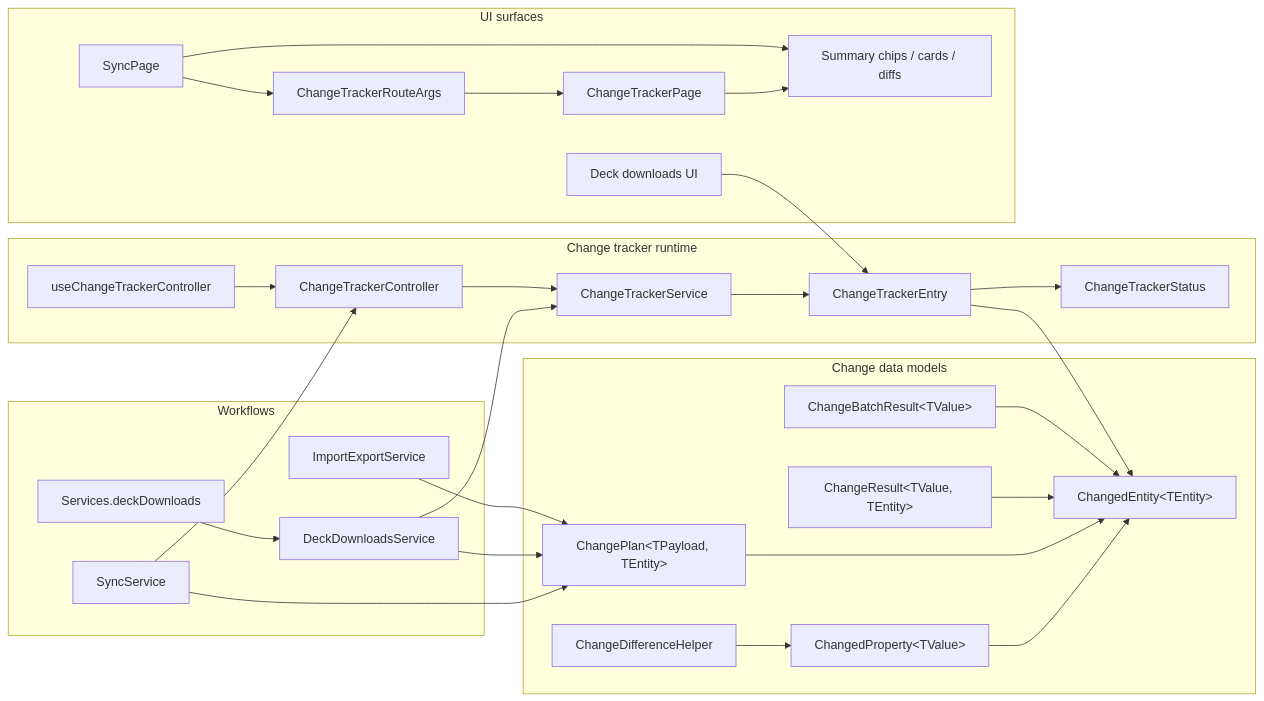
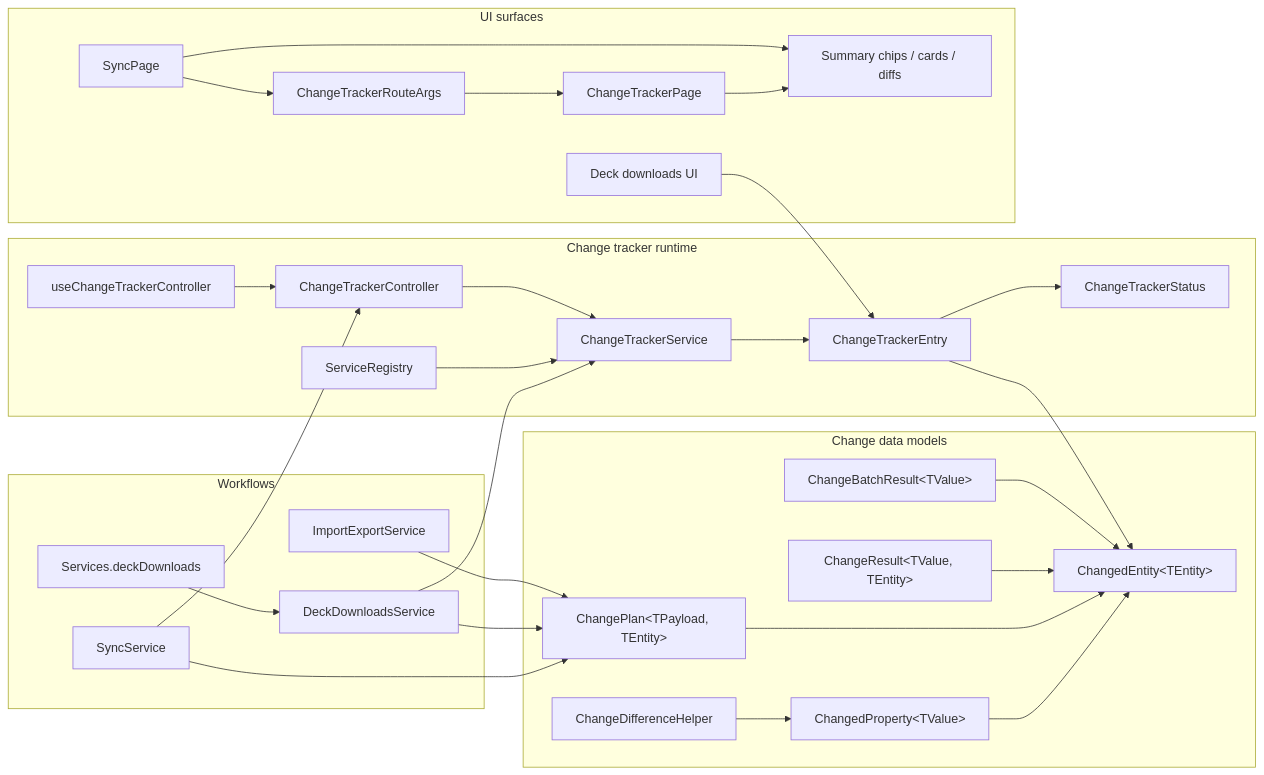
One commit to GuyWithBag/boo_mondai changed the first of 5 diagrams in lib/features/change_tracker/documentation/change_tracker.md. Above: the diagram before and after it, drawn with Mermaid. The commit also changed other lines of this file and 13 other files, not shown here.

````diff
--- a/lib/features/change_tracker/documentation/change_tracker.md
+++ b/lib/features/change_tracker/documentation/change_tracker.md
@@ -34,56 +34,58 @@
 ```mermaid
 flowchart LR
     subgraph Workflows
         Sync[SyncService]
         DeckDownloads[DeckDownloadsService]
         ImportExport[ImportExportService]
         AppServices[Services.deckDownloads]
     end
 
     subgraph DataModels[Change data models]
         Preview["ChangePlan&lt;TPayload, TEntity&gt;"]
         Result["ChangeResult&lt;TValue, TEntity&gt;"]
         BatchResult["ChangeBatchResult&lt;TValue&gt;"]
         Record["ChangedEntity&lt;TEntity&gt;"]
         Property["ChangedProperty&lt;TValue&gt;"]
         Comparer[ChangeDifferenceHelper]
     end
 
     subgraph Tracker[Change tracker runtime]
+        Registry[ServiceRegistry]
         ServiceRuntime[ChangeTrackerService]
         Controller[ChangeTrackerController]
         Hook[useChangeTrackerController]
         Entry[ChangeTrackerEntry]
         Status[ChangeTrackerStatus]
     end
 
     subgraph UI[UI surfaces]
         RouteArgs[ChangeTrackerRouteArgs]
         ReviewPage[ChangeTrackerPage]
         SyncPage[SyncPage]
         Downloads[Deck downloads UI]
         Widgets[Summary chips / cards / diffs]
     end
 
     Sync --> Preview
     DeckDownloads --> Preview
     ImportExport --> Preview
     Comparer --> Property
     Property --> Record
     Preview --> Record
     Result --> Record
     BatchResult --> Record
     Sync --> Controller
     AppServices --> DeckDownloads
     DeckDownloads --> ServiceRuntime
+    Registry --> ServiceRuntime
     Controller --> ServiceRuntime
     Hook --> Controller
     ServiceRuntime --> Entry
     Entry --> Status
     Entry --> Record
     SyncPage --> RouteArgs
     RouteArgs --> ReviewPage
     ReviewPage --> Widgets
     SyncPage --> Widgets
     Downloads --> Entry
 ```
````
